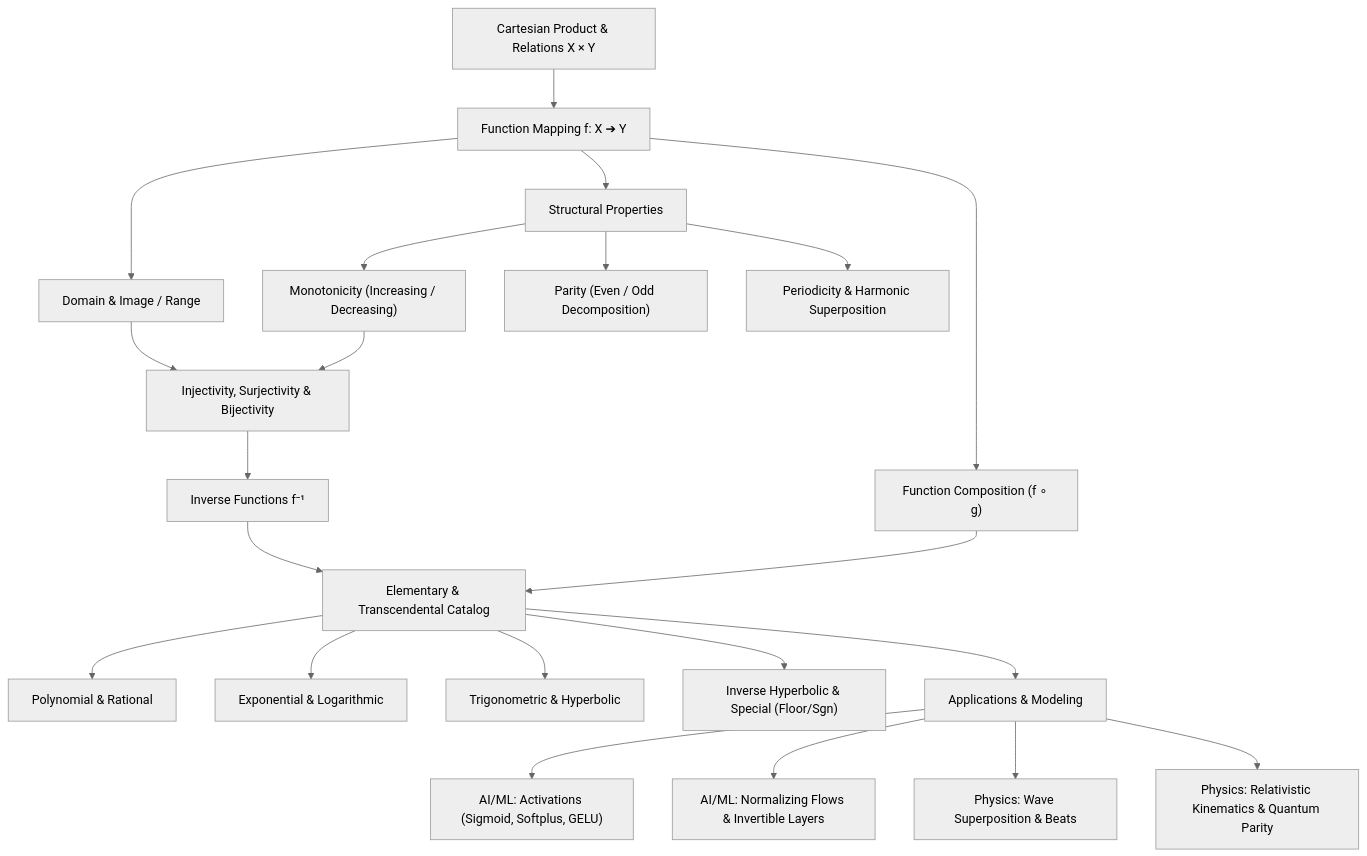
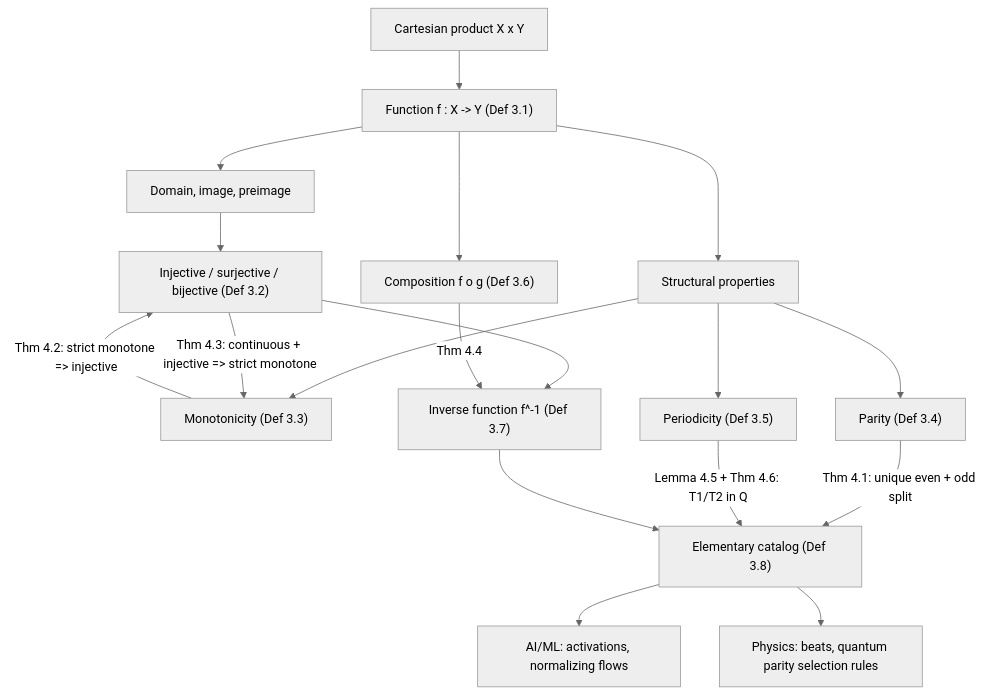
The diagram in calculus/01_functions_and_properties/README.md (hien078/applied-mathematics-foundation), drawn with Mermaid (neutral theme) before and after one commit. The commit also changed other lines of this file and 25 other files, not shown here.

````diff
--- a/calculus/01_functions_and_properties/README.md
+++ b/calculus/01_functions_and_properties/README.md
@@ -33,30 +61,25 @@
 ```mermaid
 flowchart TD
-    A["Cartesian Product & Relations X × Y"] --> B["Function Mapping f: X ➔ Y"]
-    B --> C["Domain & Image / Range"]
-    B --> D["Structural Properties"]
-    
-    D --> D1["Monotonicity (Increasing / Decreasing)"]
-    D --> D2["Parity (Even / Odd Decomposition)"]
-    D --> D3["Periodicity & Harmonic Superposition"]
-    
-    C --> E["Injectivity, Surjectivity & Bijectivity"]
-    D1 --> E
-    
-    E --> F["Inverse Functions f⁻¹"]
-    B --> G["Function Composition (f ∘ g)"]
-    
-    F --> H["Elementary & Transcendental Catalog"]
-    G --> H
-    
-    H --> H1["Polynomial & Rational"]
-    H --> H2["Exponential & Logarithmic"]
-    H --> H3["Trigonometric & Hyperbolic"]
-    H --> H4["Inverse Hyperbolic & Special (Floor/Sgn)"]
-    
-    H --> I["Applications & Modeling"]
-    I --> I1["AI/ML: Activations (Sigmoid, Softplus, GELU)"]
-    I --> I2["AI/ML: Normalizing Flows & Invertible Layers"]
-    I --> I3["Physics: Wave Superposition & Beats"]
-    I --> I4["Physics: Relativistic Kinematics & Quantum Parity"]
+    A["Cartesian product X x Y"] --> B["Function f : X -> Y (Def 3.1)"]
+    B --> C["Domain, image, preimage"]
+    B --> D["Structural properties"]
+
+    D --> D1["Monotonicity (Def 3.3)"]
+    D --> D2["Parity (Def 3.4)"]
+    D --> D3["Periodicity (Def 3.5)"]
+
+    C --> E["Injective / surjective / bijective (Def 3.2)"]
+    D1 -->|"Thm 4.2: strict monotone => injective"| E
+    E -->|"Thm 4.3: continuous + injective => strict monotone"| D1
+
+    E --> F["Inverse function f^-1 (Def 3.7)"]
+    B --> G["Composition f o g (Def 3.6)"]
+    G -->|"Thm 4.4"| F
+
+    D2 -->|"Thm 4.1: unique even + odd split"| H["Elementary catalog (Def 3.8)"]
+    D3 -->|"Lemma 4.5 + Thm 4.6: T1/T2 in Q"| H
+    F --> H
+
+    H --> I1["AI/ML: activations, normalizing flows"]
+    H --> I2["Physics: beats, quantum parity selection rules"]
 ```
````
